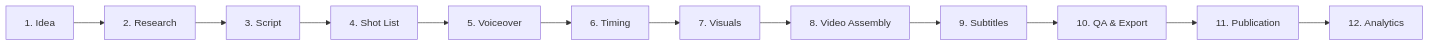
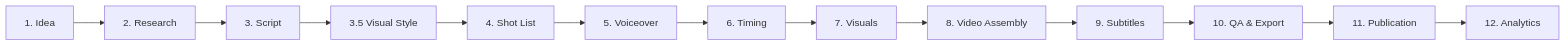
One commit to onetigerr/novaclips changed the diagram in docs/production-plan-en.md. Above: the diagram before and after it, drawn with Mermaid. The commit also changed other lines of this file and 27 other files, not shown here.

````diff
--- a/docs/production-plan-en.md
+++ b/docs/production-plan-en.md
@@ -21,14 +21,15 @@
 ```mermaid
 flowchart LR
     A[1. Idea] --> B[2. Research]
     B --> C[3. Script]
-    C --> D[4. Shot List]
+    C --> CA[3.5 Visual Style]
+    CA --> D[4. Shot List]
     D --> E[5. Voiceover]
     E --> F[6. Timing]
     F --> G[7. Visuals]
     G --> H[8. Video Assembly]
     H --> I[9. Subtitles]
     I --> J[10. QA & Export]
     J --> K[11. Publication]
     K --> L[12. Analytics]
 ```
````
